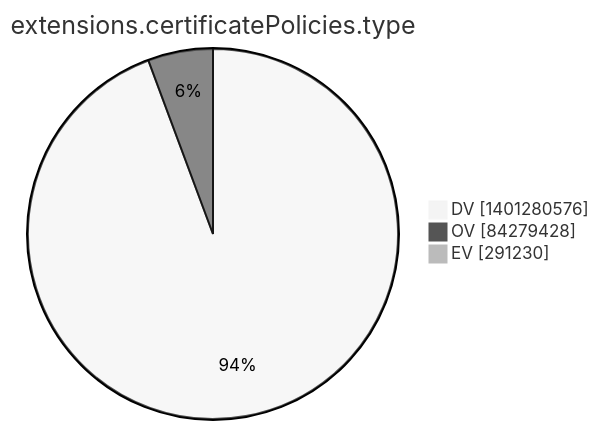
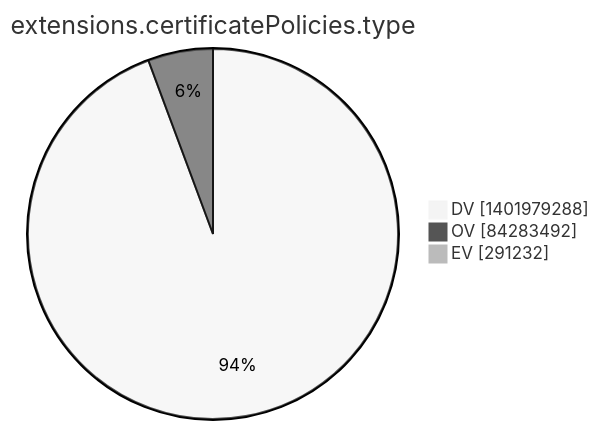
The tenth of 15 diagrams in argon2022/README.md (christiankrug/ctmonitor_visualization), drawn with Mermaid (neutral theme) before and after one commit. The commit also changed other lines of this file, not shown here.

````diff
--- a/argon2022/README.md
+++ b/argon2022/README.md
@@ -2773,7 +2773,7 @@
 ```mermaid
 pie showData
 title extensions.certificatePolicies.type
-"DV" :1401280576
-"OV" :84279428
-"EV" :291230
+"DV" :1401979288
+"OV" :84283492
+"EV" :291232
 ```
````
